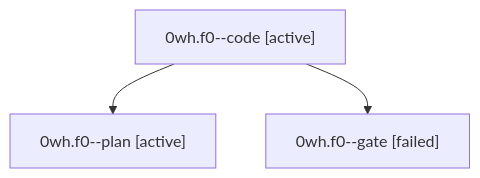
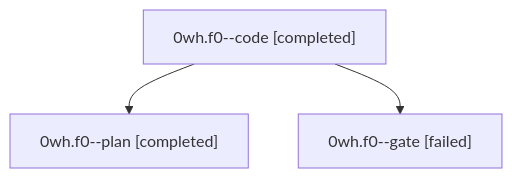
One commit to bobs-org/bob-cli--agents changed the diagram in sessions/bbugyi200.athena.0wh.f0.md. Above: the diagram before and after it, drawn with Mermaid. The commit also changed other lines of this file and 88 other files, not shown here.

````diff
--- a/sessions/bbugyi200.athena.0wh.f0.md
+++ b/sessions/bbugyi200.athena.0wh.f0.md
@@ -9,8 +9,8 @@
 ```mermaid
 flowchart TD
-  n0["0wh.f0--code [active]"]
-  n1["0wh.f0--plan [active]"]
+  n0["0wh.f0--code [completed]"]
+  n1["0wh.f0--plan [completed]"]
   n0 --> n1
   n2["0wh.f0--gate [failed]"]
   n0 --> n2
 ```
````
